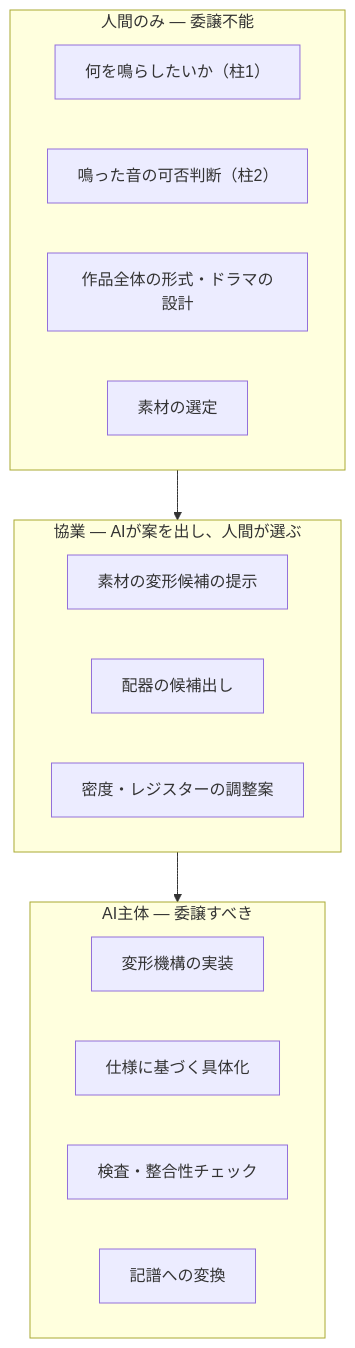
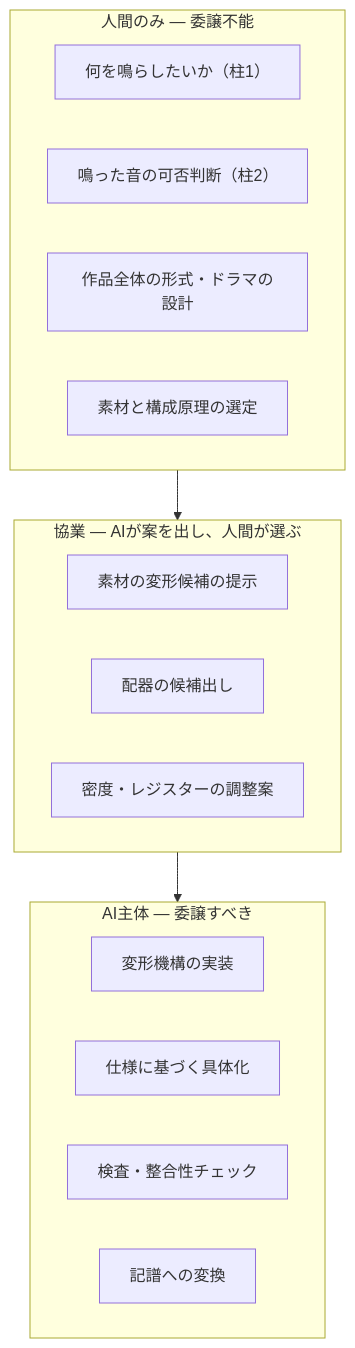
One commit to yuichkun/takemitsu-2027-composition-system changed the third of 6 diagrams in docs/proposal.md. Above: the diagram before and after it, drawn with Mermaid. The commit also changed other lines of this file and 11 other files, not shown here.

````diff
--- a/docs/proposal.md
+++ b/docs/proposal.md
@@ -165,21 +191,21 @@
 ```mermaid
 flowchart TD
     subgraph human["人間のみ — 委譲不能"]
         h1["何を鳴らしたいか（柱1）"]
         h2["鳴った音の可否判断（柱2）"]
         h3["作品全体の形式・ドラマの設計"]
-        h4["素材の選定"]
+        h4["素材と構成原理の選定"]
     end
     subgraph both["協業 — AIが案を出し、人間が選ぶ"]
         b1["素材の変形候補の提示"]
         b2["配器の候補出し"]
         b3["密度・レジスターの調整案"]
     end
     subgraph ai["AI主体 — 委譲すべき"]
         a1["変形機構の実装"]
         a2["仕様に基づく具体化"]
         a3["検査・整合性チェック"]
         a4["記譜への変換"]
     end
     human --> both --> ai
 ```
````
